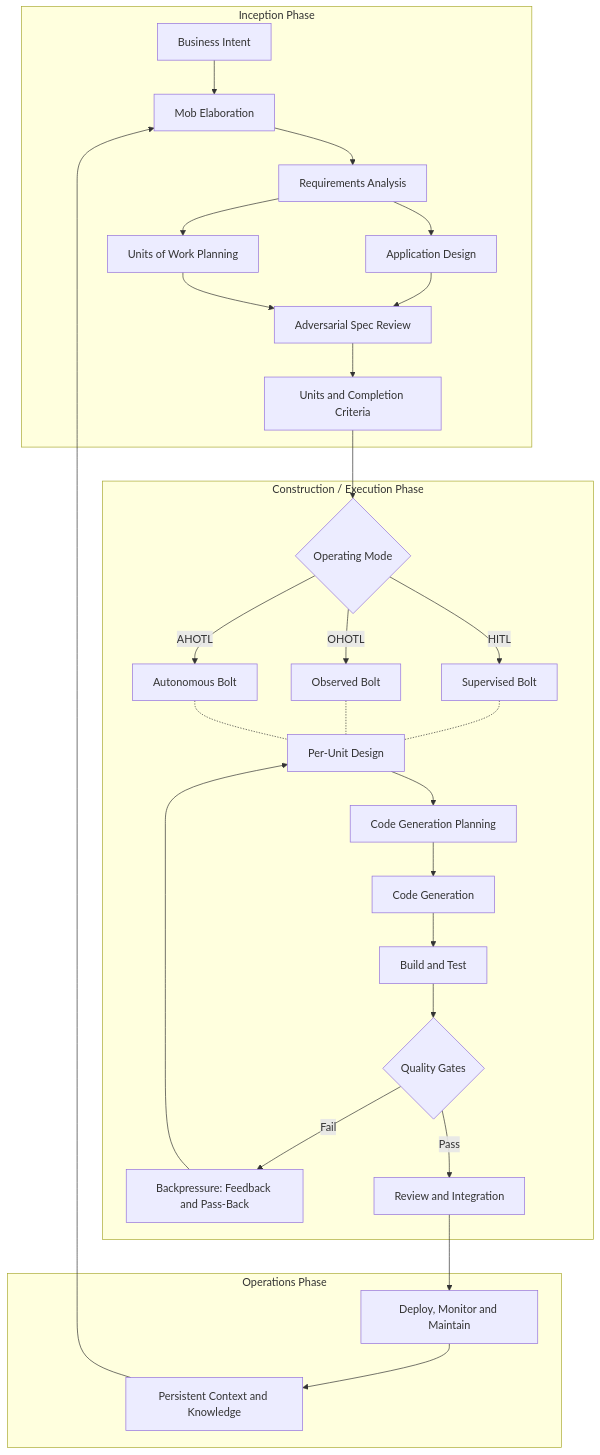
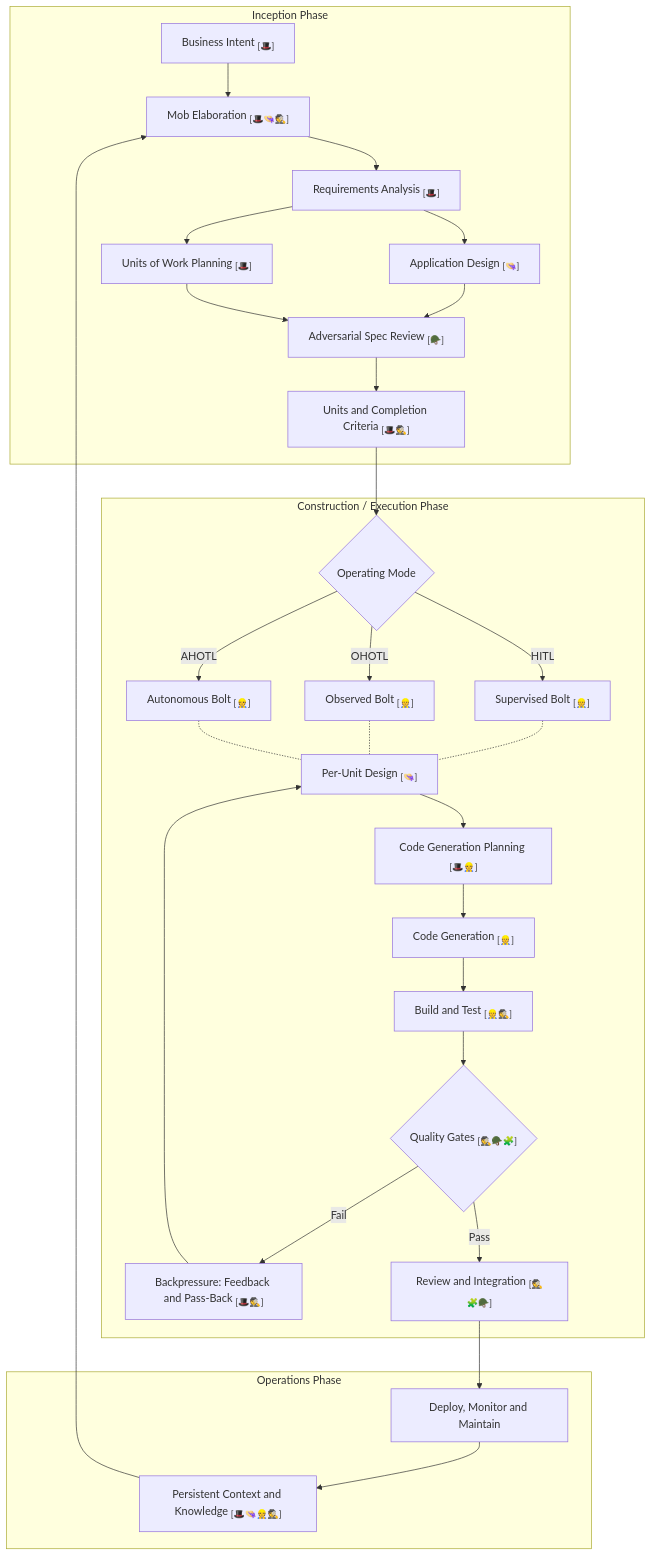
One commit to welldesignedsystem/welldesignedsystem.github.io changed the second of 3 diagrams in content/english/blog/ai/fintech/ai-dlc.md. Above: the diagram before and after it, drawn with Mermaid. The commit also changed other lines of this file and 2 other files, not shown here.

Commit message:
Remove AI-DLC markdown file and update references in hugo_stats.json

````diff
--- a/content/english/blog/ai/fintech/ai-dlc.md
+++ b/content/english/blog/ai/fintech/ai-dlc.md
@@ -514,37 +525,37 @@
 ```mermaid
 flowchart TD
 
     subgraph INC[Inception Phase]
-        A[Business Intent] --> B[Mob Elaboration]
-        B --> C[Requirements Analysis]
-        C --> D[Application Design]
-        C --> E[Units of Work Planning]
-        D --> F[Adversarial Spec Review]
+        A["Business Intent <sub>[🎩]</sub>"] --> B["Mob Elaboration <sub>[🎩👒🕵️]</sub>"]
+        B --> C["Requirements Analysis <sub>[🎩]</sub>"]
+        C --> D["Application Design <sub>[👒]</sub>"]
+        C --> E["Units of Work Planning <sub>[🎩]</sub>"]
+        D --> F["Adversarial Spec Review <sub>[🪖]</sub>"]
         E --> F
-        F --> G[Units and Completion Criteria]
+        F --> G["Units and Completion Criteria <sub>[🎩🕵️]</sub>"]
     end
 
     subgraph CON[Construction / Execution Phase]
         G --> H{Operating Mode}
-        H -->|HITL| I1[Supervised Bolt]
-        H -->|OHOTL| I2[Observed Bolt]
-        H -->|AHOTL| I3[Autonomous Bolt]
-        I1 -.- J[Per-Unit Design]
+        H -->|HITL| I1["Supervised Bolt <sub>[👷]</sub>"]
+        H -->|OHOTL| I2["Observed Bolt <sub>[👷]</sub>"]
+        H -->|AHOTL| I3["Autonomous Bolt <sub>[👷]</sub>"]
+        I1 -.- J["Per-Unit Design <sub>[👒]</sub>"]
         I2 -.- J
         I3 -.- J
-        J --> K[Code Generation Planning]
-        K --> L[Code Generation]
-        L --> M[Build and Test]
-        M --> N{Quality Gates}
-        N -->|Fail| O[Backpressure: Feedback and Pass-Back]
+        J --> K["Code Generation Planning <sub>[🎩👷]</sub>"]
+        K --> L["Code Generation <sub>[👷]</sub>"]
+        L --> M["Build and Test <sub>[👷🕵️]</sub>"]
+        M --> N{"Quality Gates <sub>[🕵️🪖🧩]</sub>"}
+        N -->|Fail| O["Backpressure: Feedback and Pass-Back <sub>[🎩🕵️]</sub>"]
         O --> J
-        N -->|Pass| P[Review and Integration]
+        N -->|Pass| P["Review and Integration <sub>[🕵️🧩🪖]</sub>"]
     end
 
     subgraph OPS[Operations Phase]
-        P --> Q[Deploy, Monitor and Maintain]
-        Q --> R[Persistent Context and Knowledge]
+        P --> Q["Deploy, Monitor and Maintain"]
+        Q --> R["Persistent Context and Knowledge <sub>[🎩👒👷🕵️]</sub>"]
     end
 
     R --> B
 ```
````
